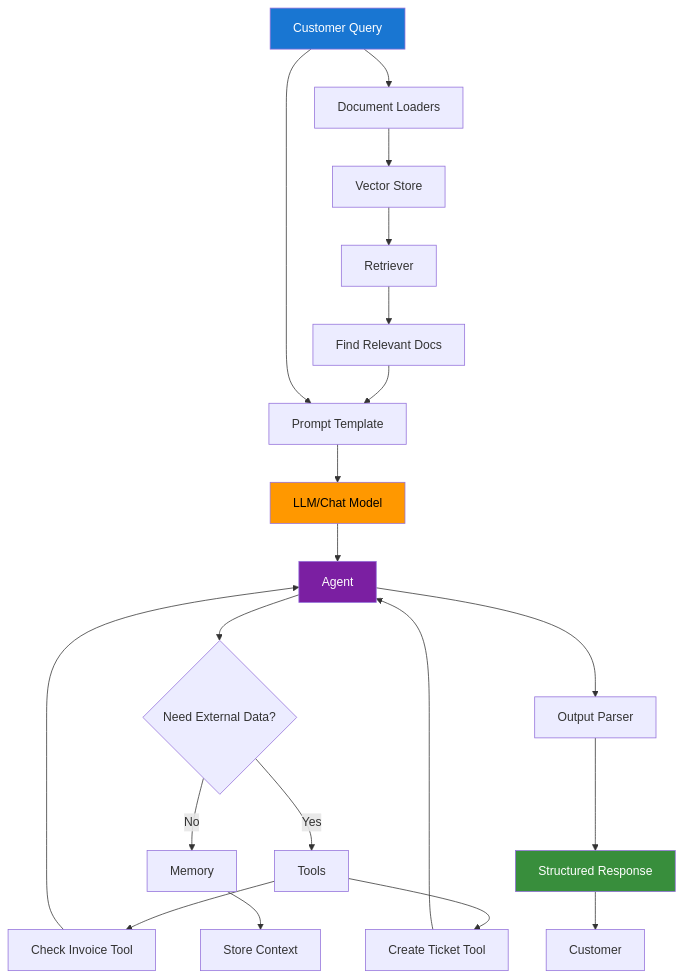
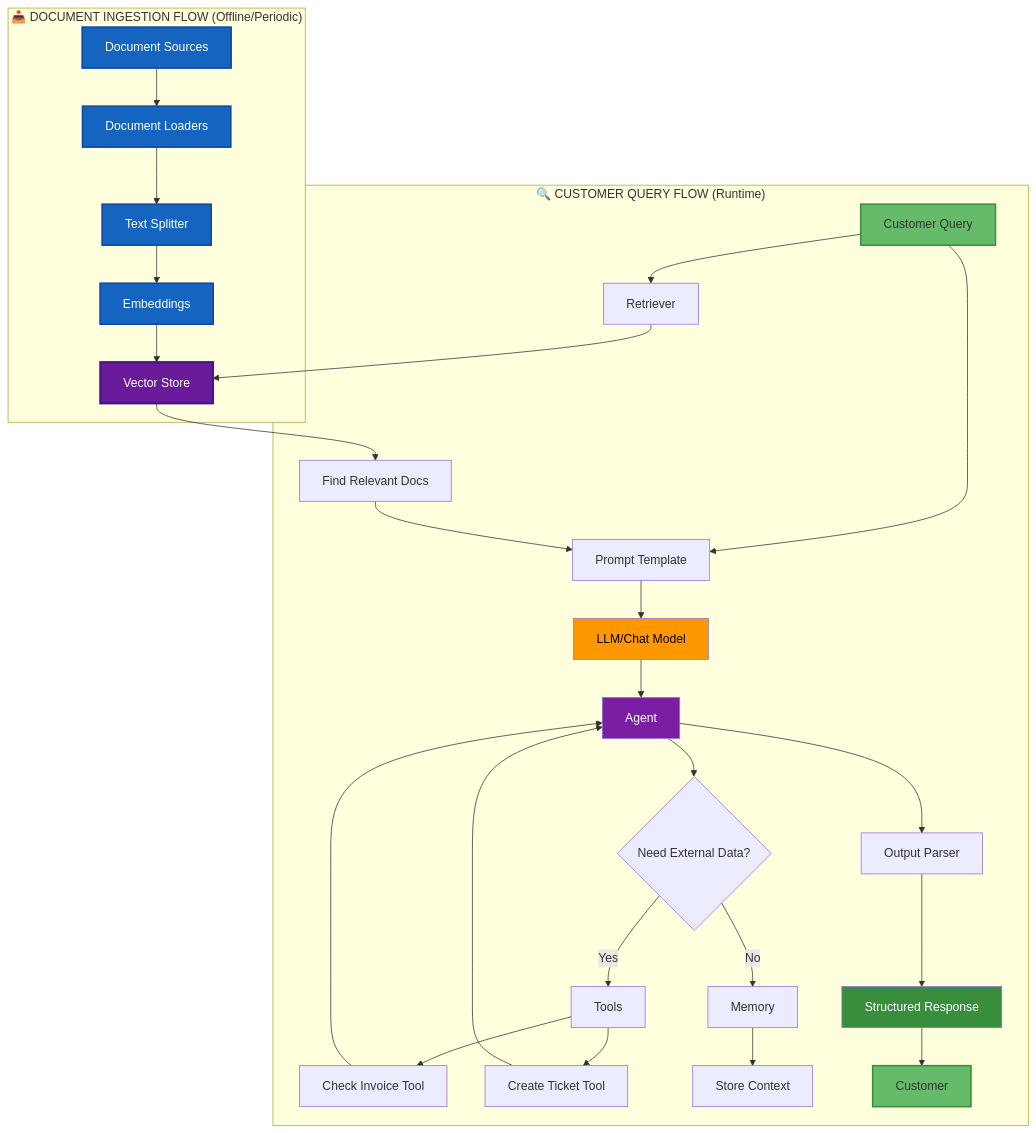
One commit to gurkanindibay/epam_ai changed the second of 9 diagrams in LangChain_Key_Concepts.md. Above: the diagram before and after it, drawn with Mermaid. The commit also changed other lines of this file, not shown here.

Commit message:
Added chain agent comparision

````diff
--- a/LangChain_Key_Concepts.md
+++ b/LangChain_Key_Concepts.md
@@ -188,27 +193,41 @@
 ```mermaid
 graph TD
-    A[Customer Query] --> B[Document Loaders]
-    B --> C[Vector Store]
-    C --> D[Retriever]
-    D --> E[Find Relevant Docs]
-    E --> F[Prompt Template]
-    A --> F
-    F --> G[LLM/Chat Model]
-    G --> H[Agent]
-    H --> I{Need External Data?}
-    I -->|Yes| J[Tools]
-    J --> K[Check Invoice Tool]
-    J --> L[Create Ticket Tool]
-    K --> H
-    L --> H
-    I -->|No| M[Memory]
-    M --> N[Store Context]
-    H --> O[Output Parser]
-    O --> P[Structured Response]
-    P --> Q[Customer]
+    subgraph Ingestion["📥 DOCUMENT INGESTION FLOW (Offline/Periodic)"]
+        DOC[Document Sources] --> LOADER[Document Loaders]
+        LOADER --> SPLIT[Text Splitter]
+        SPLIT --> EMBED[Embeddings]
+        EMBED --> VS[Vector Store]
+    end
 
-    style A fill:#1976d2,color:#ffffff
+    subgraph Query["🔍 CUSTOMER QUERY FLOW (Runtime)"]
+        A[Customer Query] --> F[Prompt Template]
+        A --> D[Retriever]
+        D --> VS
+        VS --> E[Find Relevant Docs]
+        E --> F
+        F --> G[LLM/Chat Model]
+        G --> H[Agent]
+        H --> I{Need External Data?}
+        I -->|Yes| J[Tools]
+        J --> K[Check Invoice Tool]
+        J --> L[Create Ticket Tool]
+        K --> H
+        L --> H
+        I -->|No| M[Memory]
+        M --> N[Store Context]
+        H --> O[Output Parser]
+        O --> P[Structured Response]
+        P --> Q[Customer]
+    end
+
+    style DOC fill:#1565c0,stroke:#0d47a1,stroke-width:2px,color:#ffffff
+    style LOADER fill:#1565c0,stroke:#0d47a1,stroke-width:2px,color:#ffffff
+    style SPLIT fill:#1565c0,stroke:#0d47a1,stroke-width:2px,color:#ffffff
+    style EMBED fill:#1565c0,stroke:#0d47a1,stroke-width:2px,color:#ffffff
+    style VS fill:#6a1b9a,stroke:#4a148c,stroke-width:3px,color:#ffffff
+    style A fill:#66bb6a,stroke:#388e3c,stroke-width:2px
     style G fill:#ff9800,color:#000000
     style H fill:#7b1fa2,color:#ffffff
     style P fill:#388e3c,color:#ffffff
+    style Q fill:#66bb6a,stroke:#388e3c,stroke-width:2px
 ```
````
